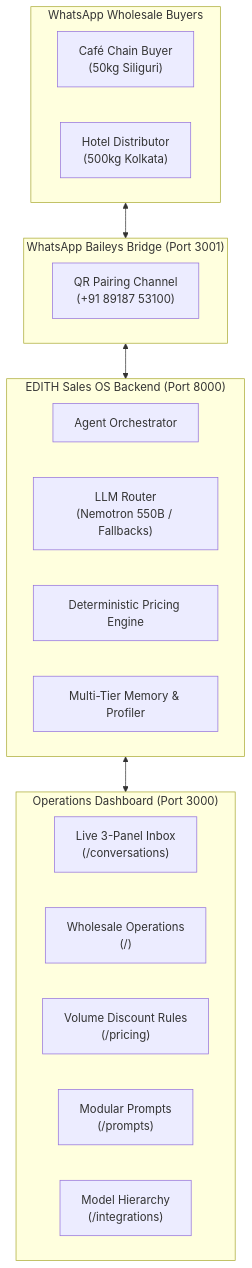
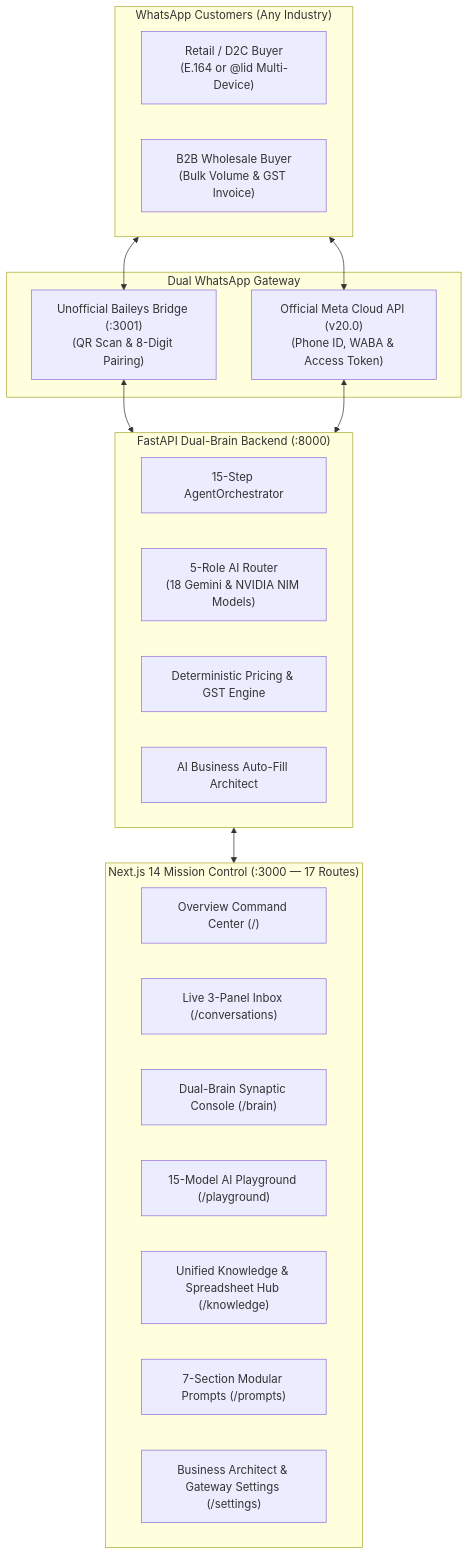
The diagram in assets docs/visual-tour.md (naborajs/wb-agent), drawn with Mermaid before and after one commit. The commit also changed other lines of this file and 3 other files, not shown here.

Commit message:
docs(core): update index MOC, architecture deep dive, visual tour (17 routes), and v2.4.0 changelog

````diff
--- a/assets docs/visual-tour.md
+++ b/assets docs/visual-tour.md
@@ -20,28 +21,31 @@
 ```mermaid
 flowchart TD
-    subgraph Buyers["WhatsApp Wholesale Buyers"]
-        Buyer1["Café Chain Buyer\n(50kg Siliguri)"]
-        Buyer2["Hotel Distributor\n(500kg Kolkata)"]
+    subgraph Buyers["WhatsApp Customers (Any Industry)"]
+        Buyer1["Retail / D2C Buyer\n(E.164 or @lid Multi-Device)"]
+        Buyer2["B2B Wholesale Buyer\n(Bulk Volume & GST Invoice)"]
     end
 
-    subgraph Bridge["WhatsApp Baileys Bridge (Port 3001)"]
-        QR["QR Pairing Channel\n(+91 89187 53100)"]
+    subgraph Gateway["Dual WhatsApp Gateway"]
+        Unofficial["Unofficial Baileys Bridge (:3001)\n(QR Scan & 8-Digit Pairing)"]
+        Official["Official Meta Cloud API (v20.0)\n(Phone ID, WABA & Access Token)"]
     end
 
-    subgraph Core["EDITH Sales OS Backend (Port 8000)"]
-        Orch["Agent Orchestrator"]
-        Router["LLM Router\n(Nemotron 550B / Fallbacks)"]
-        Price["Deterministic Pricing Engine"]
-        Memory["Multi-Tier Memory & Profiler"]
+    subgraph Core["FastAPI Dual-Brain Backend (:8000)"]
+        Orch["15-Step AgentOrchestrator"]
+        Router["5-Role AI Router\n(18 Gemini & NVIDIA NIM Models)"]
+        Price["Deterministic Pricing & GST Engine"]
+        BizArch["AI Business Auto-Fill Architect"]
     end
 
-    subgraph Console["Operations Dashboard (Port 3000)"]
-        Inbox["Live 3-Panel Inbox\n(/conversations)"]
-        Overview["Wholesale Operations\n(/)"]
-        Pricing["Volume Discount Rules\n(/pricing)"]
-        Prompts["Modular Prompts\n(/prompts)"]
-        Models["Model Hierarchy\n(/integrations)"]
+    subgraph Console["Next.js 14 Mission Control (:3000 — 17 Routes)"]
+        Overview["Overview Command Center (/)"]
+        Inbox["Live 3-Panel Inbox (/conversations)"]
+        Brain["Dual-Brain Synaptic Console (/brain)"]
+        Playground["15-Model AI Playground (/playground)"]
+        Knowledge["Unified Knowledge & Spreadsheet Hub (/knowledge)"]
+        Prompts["7-Section Modular Prompts (/prompts)"]
+        Settings["Business Architect & Gateway Settings (/settings)"]
     end
 
-    Buyers <--> Bridge <--> Core <--> Console
+    Buyers <--> Unofficial & Official <--> Core <--> Console
 ```
````
